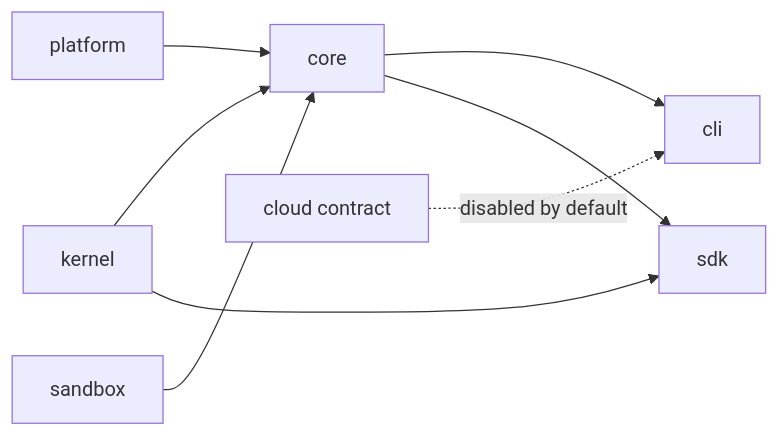
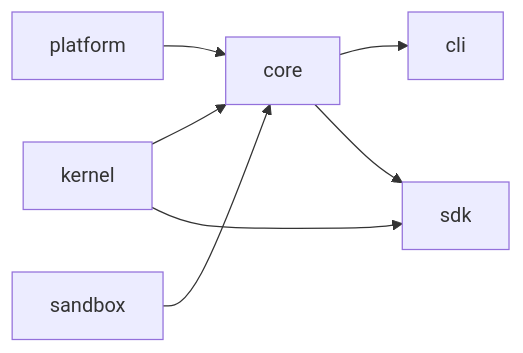
Before and after one commit to neoxlabs/OpenNeox: the diagram in README.md, drawn with Mermaid. The commit also changed other lines of this file and 1 other file, not shown here.

````diff
--- a/README.md
+++ b/README.md
@@ -213,10 +197,9 @@
 ```mermaid
 graph LR
   Kernel[kernel] --> Core[core]
   Platform[platform] --> Core
   Sandbox[sandbox] --> Core
   Core --> CLI[cli]
   Core --> SDK[sdk]
   Kernel --> SDK
-  Cloud[cloud contract] -. disabled by default .-> CLI
 ```
````
